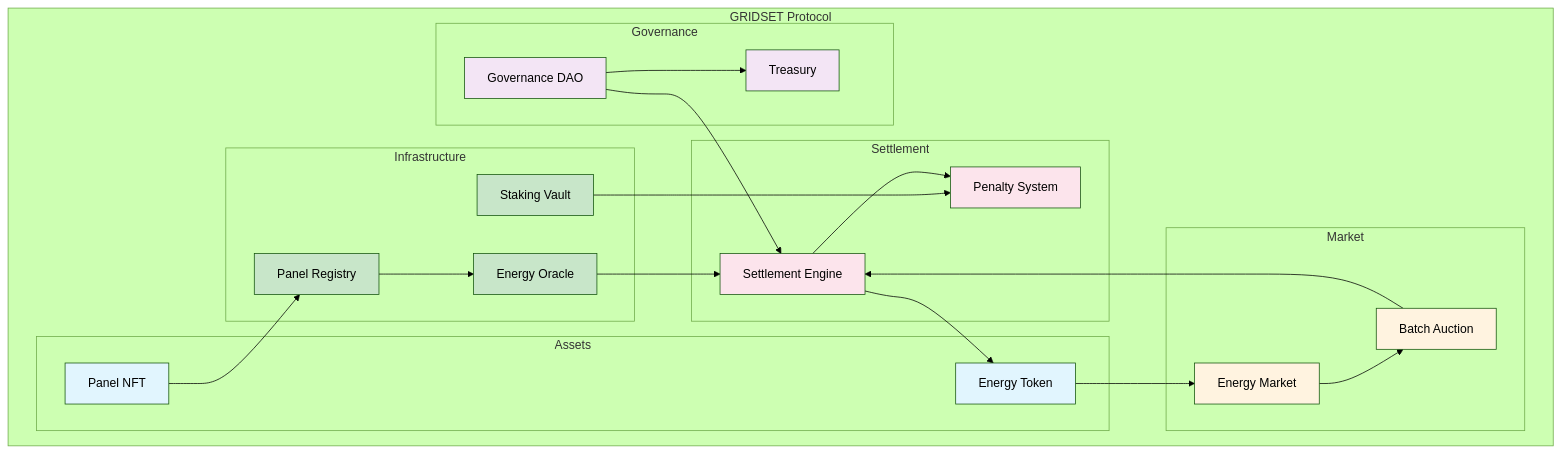
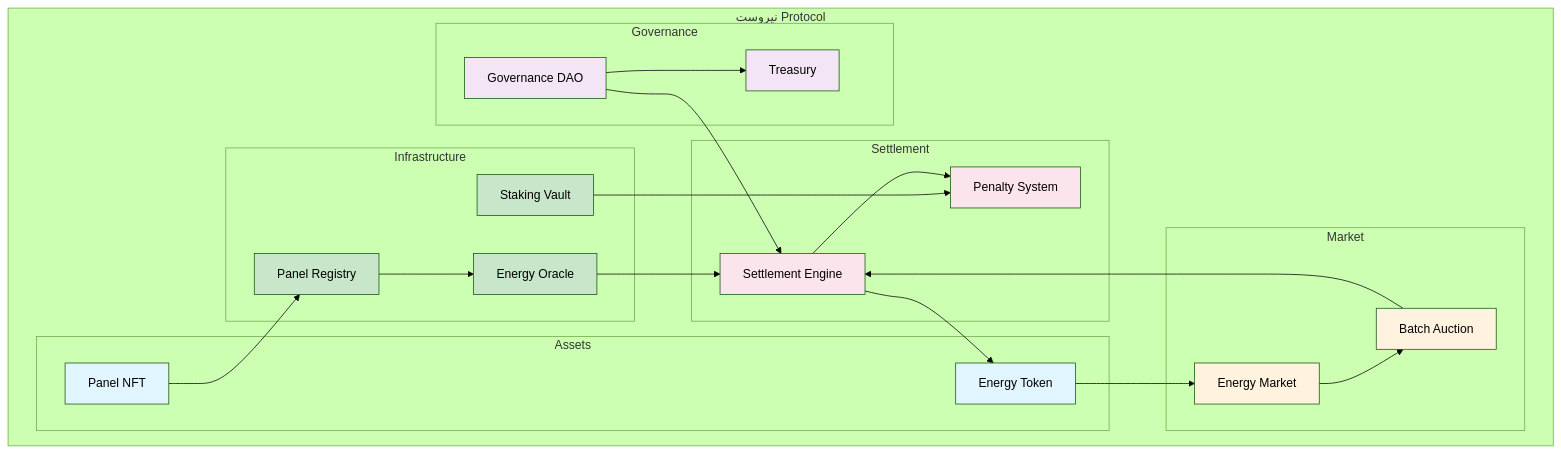
One commit to massoudsh/nirooset changed diagram 18 of 18 in docs/ARCHITECTURE_DIAGRAMS.md. Above: the diagram before and after it, drawn with Mermaid (forest theme). The commit also changed other lines of this file and 34 other files, not shown here.

````diff
--- a/docs/ARCHITECTURE_DIAGRAMS.md
+++ b/docs/ARCHITECTURE_DIAGRAMS.md
@@ -694,58 +694,58 @@
 ```mermaid
 graph TB
-    subgraph "GRIDSET Protocol"
+    subgraph "نیروست Protocol"
         subgraph "Assets"
             NFT[Panel NFT]
             TOKEN[Energy Token]
         end
 
         subgraph "Infrastructure"
             REGISTRY[Panel Registry]
             VAULT[Staking Vault]
             ORACLE[Energy Oracle]
         end
 
         subgraph "Market"
             MARKET[Energy Market]
             AUCTION[Batch Auction]
         end
 
         subgraph "Settlement"
             ENGINE[Settlement Engine]
             PENALTY[Penalty System]
         end
 
         subgraph "Governance"
             DAO[Governance DAO]
             TREASURY[Treasury]
         end
     end
 
     NFT --> REGISTRY
     TOKEN --> MARKET
 
     REGISTRY --> ORACLE
     VAULT --> PENALTY
 
     ORACLE --> ENGINE
     MARKET --> AUCTION
     AUCTION --> ENGINE
 
     ENGINE --> PENALTY
     ENGINE --> TOKEN
 
     DAO --> ENGINE
     DAO --> TREASURY
 
     classDef asset fill:#e1f5fe
     classDef infra fill:#c8e6c9
     classDef market fill:#fff3e0
     classDef settle fill:#fce4ec
     classDef gov fill:#f3e5f5
 
     class NFT,TOKEN asset
     class REGISTRY,VAULT,ORACLE infra
     class MARKET,AUCTION market
     class ENGINE,PENALTY settle
     class DAO,TREASURY gov
 ```
````
